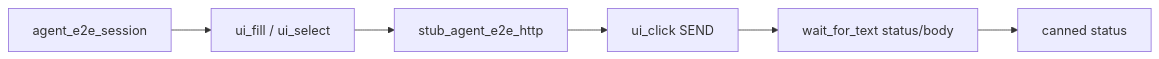
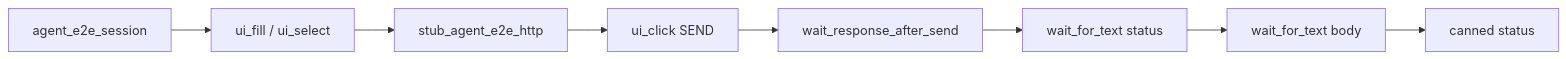
The diagram in doc/dev/agent_golden_e2e.md (koctep/pypost), drawn with Mermaid before and after one commit. The commit also changed other lines of this file and 10 other files, not shown here.

````diff
--- a/doc/dev/agent_golden_e2e.md
+++ b/doc/dev/agent_golden_e2e.md
@@ -47,8 +47,10 @@
 ```mermaid
 flowchart LR
   Session[agent_e2e_session] --> Fill[ui_fill / ui_select]
   Fill --> Mock[stub_agent_e2e_http]
   Mock --> Send[ui_click SEND]
-  Send --> Wait[wait_for_text status/body]
-  Wait --> Assert[canned status]
+  Send --> Wait[wait_response_after_send]
+  Wait --> Status[wait_for_text status]
+  Status --> Body[wait_for_text body]
+  Body --> Assert[canned status]
 ```
````
